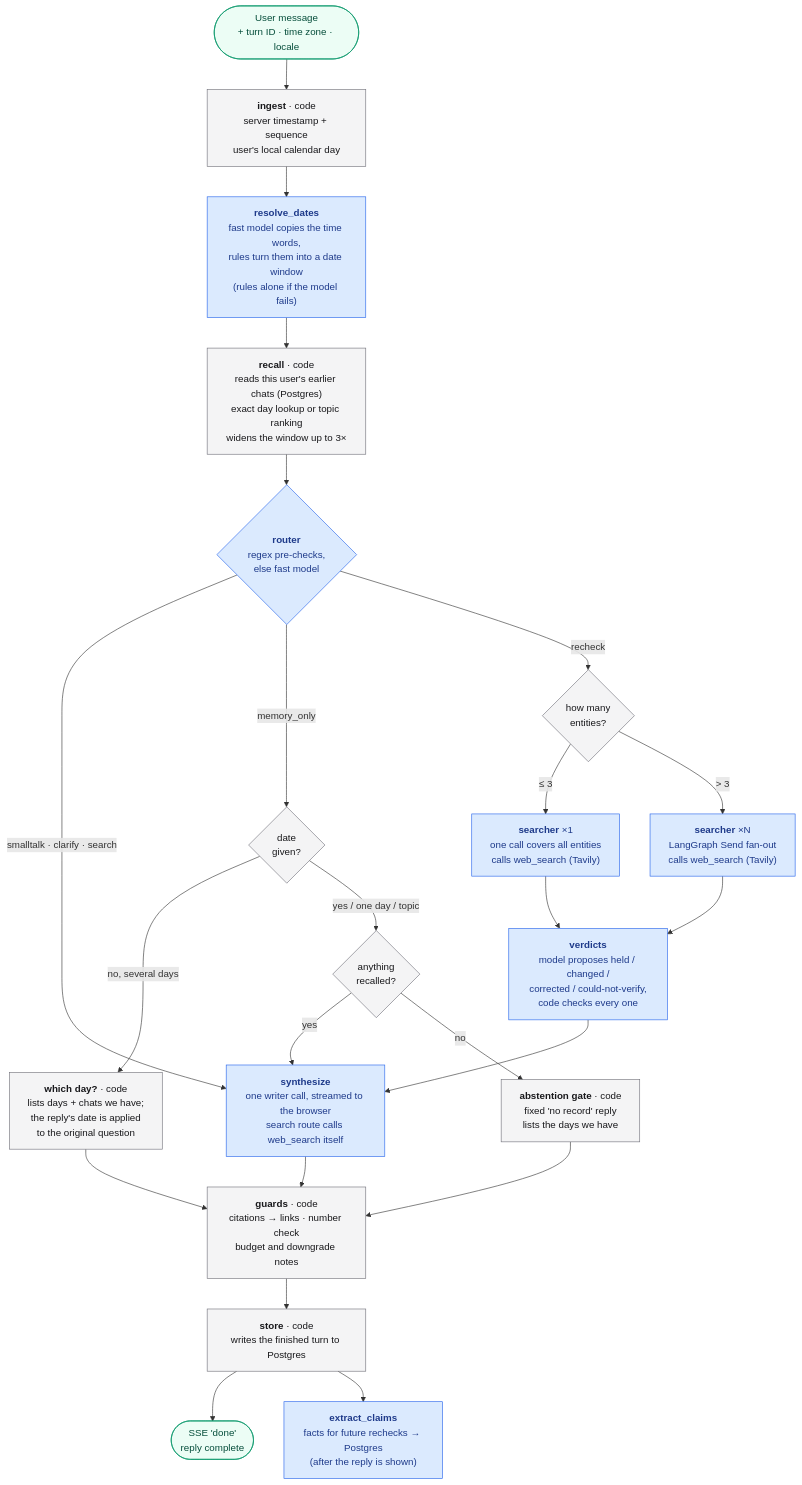
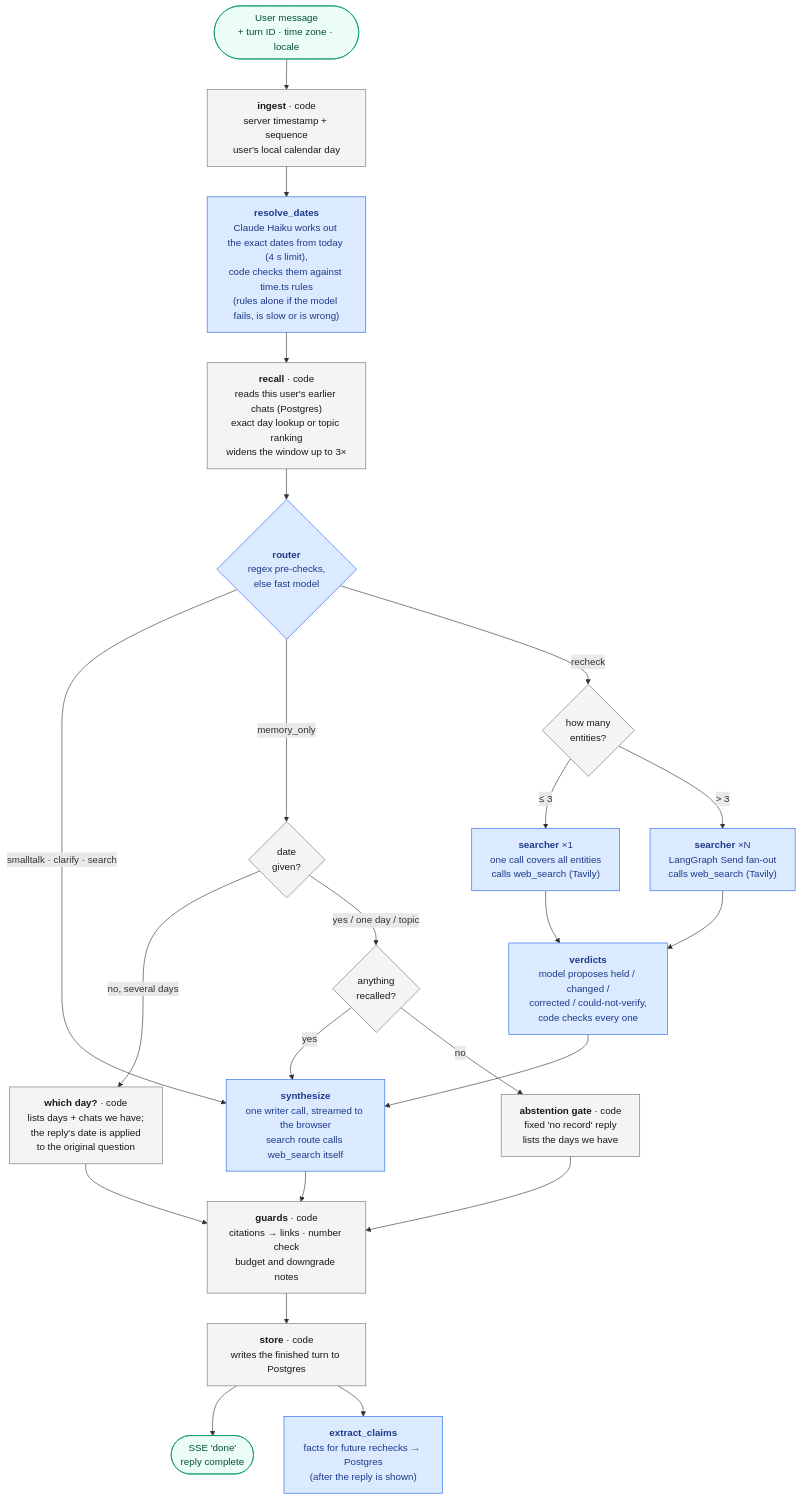
The diagram in docs/workflow.mmd (sreenivasivbieb/mimo), drawn with Mermaid before and after one commit. The commit also changed 11 other files, not shown here.

First line of the commit message:
Time model works out exact dates; code checks them, rules are the fallback

```diff
--- a/docs/workflow.mmd
+++ b/docs/workflow.mmd
@@ -1,34 +1,34 @@
 flowchart TD
   msg(["User message<br/>+ turn ID · time zone · locale"]) --> ingest
 
   ingest["<b>ingest</b> · code<br/>server timestamp + sequence<br/>user's local calendar day"] --> resolve
-  resolve["<b>resolve_dates</b><br/>fast model copies the time words,<br/>rules turn them into a date window<br/>(rules alone if the model fails)"] --> recall
+  resolve["<b>resolve_dates</b><br/>Claude Haiku works out the exact dates from today (4 s limit),<br/>code checks them against time.ts rules<br/>(rules alone if the model fails, is slow or is wrong)"] --> recall
   recall["<b>recall</b> · code<br/>reads this user's earlier chats (Postgres)<br/>exact day lookup or topic ranking<br/>widens the window up to 3×"] --> router
 
   router{"<b>router</b><br/>regex pre-checks,<br/>else fast model"}
   router -- "smalltalk · clarify · search" --> synth
   router -- "memory_only" --> when{"date<br/>given?"}
   when -- "no, several days" --> whichday["<b>which day?</b> · code<br/>lists days + chats we have;<br/>the reply's date is applied<br/>to the original question"]
   when -- "yes / one day / topic" --> gate{"anything<br/>recalled?"}
   gate -- "yes" --> synth
   gate -- "no" --> norecord["<b>abstention gate</b> · code<br/>fixed 'no record' reply<br/>lists the days we have"]
   router -- "recheck" --> fan{"how many<br/>entities?"}
   fan -- "≤ 3" --> one["<b>searcher</b> ×1<br/>one call covers all entities<br/>calls web_search (Tavily)"]
   fan -- "> 3" --> many["<b>searcher</b> ×N<br/>LangGraph Send fan-out<br/>calls web_search (Tavily)"]
   one --> verdicts
   many --> verdicts
   verdicts["<b>verdicts</b><br/>model proposes held / changed /<br/>corrected / could-not-verify,<br/>code checks every one"] --> synth
 
   synth["<b>synthesize</b><br/>one writer call, streamed to the browser<br/>search route calls web_search itself"] --> guards
   norecord --> guards
   whichday --> guards
   guards["<b>guards</b> · code<br/>citations → links · number check<br/>budget and downgrade notes"] --> store
   store["<b>store</b> · code<br/>writes the finished turn to Postgres"] --> done(["SSE 'done'<br/>reply complete"])
   store --> extract["<b>extract_claims</b><br/>facts for future rechecks → Postgres<br/>(after the reply is shown)"]
 
   classDef code fill:#f4f4f5,stroke:#71717a,color:#18181b
   classDef model fill:#dbeafe,stroke:#2563eb,color:#1e3a8a
   classDef edge fill:#ecfdf5,stroke:#059669,color:#064e3b
   class ingest,recall,guards,store,gate,fan,norecord,when,whichday code
   class resolve,router,one,many,verdicts,synth,extract model
   class msg,done edge
```
